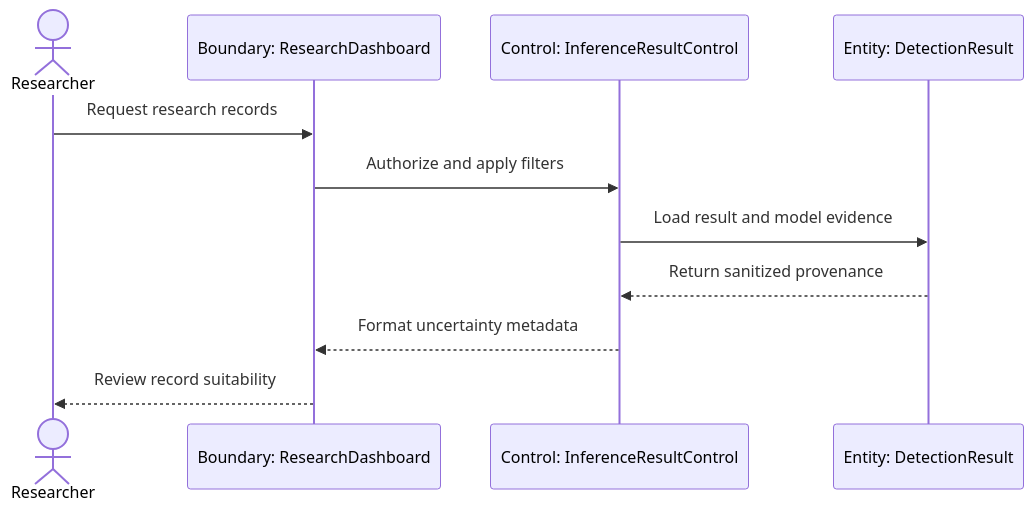
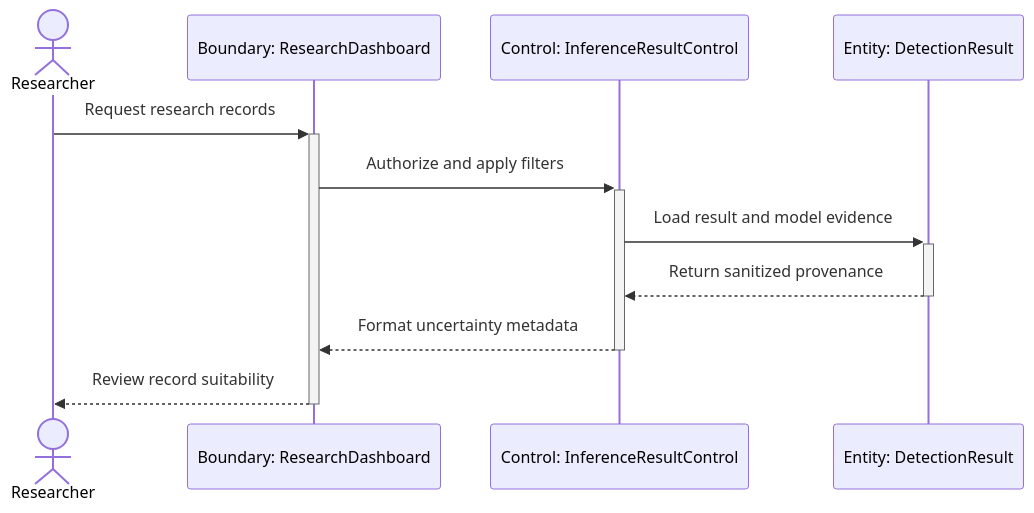
Before and after one commit to zhabgjialu2003-sudo/Counting-Maize-Tassels-in-the-Wild-via-Deep-Neural-Network: the diagram in docs/design/uml/story-extensions/b-7/sequence.mmd, drawn with Mermaid. The commit also changed 32 other files, not shown here.

First line of the commit message:
docs(diagrams): add sequence activation bars

```diff
--- a/docs/design/uml/story-extensions/b-7/sequence.mmd
+++ b/docs/design/uml/story-extensions/b-7/sequence.mmd
@@ -1,11 +1,11 @@
 sequenceDiagram
 actor Researcher as Researcher
 participant ResearchDashboard as Boundary: ResearchDashboard
 participant InferenceResultControl as Control: InferenceResultControl
 participant DetectionResult as Entity: DetectionResult
-Researcher->>ResearchDashboard: Request research records
-ResearchDashboard->>InferenceResultControl: Authorize and apply filters
-InferenceResultControl->>DetectionResult: Load result and model evidence
-DetectionResult-->>InferenceResultControl: Return sanitized provenance
-InferenceResultControl-->>ResearchDashboard: Format uncertainty metadata
-ResearchDashboard-->>Researcher: Review record suitability
+Researcher->>+ResearchDashboard: Request research records
+ResearchDashboard->>+InferenceResultControl: Authorize and apply filters
+InferenceResultControl->>+DetectionResult: Load result and model evidence
+DetectionResult-->>-InferenceResultControl: Return sanitized provenance
+InferenceResultControl-->>-ResearchDashboard: Format uncertainty metadata
+ResearchDashboard-->>-Researcher: Review record suitability
```
